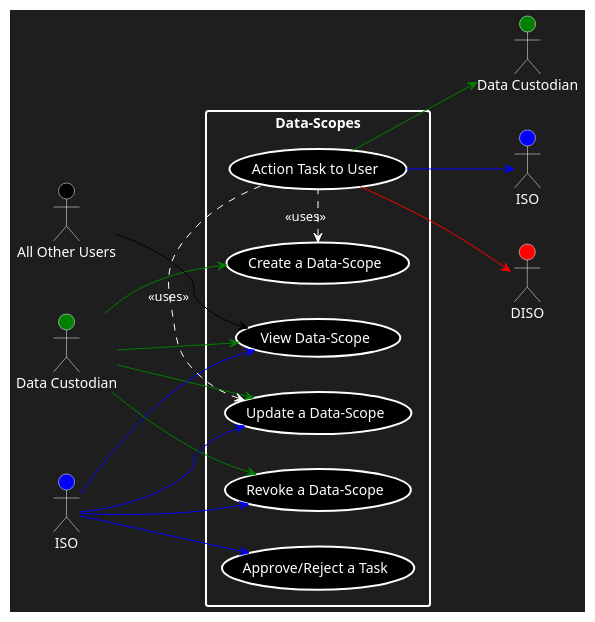
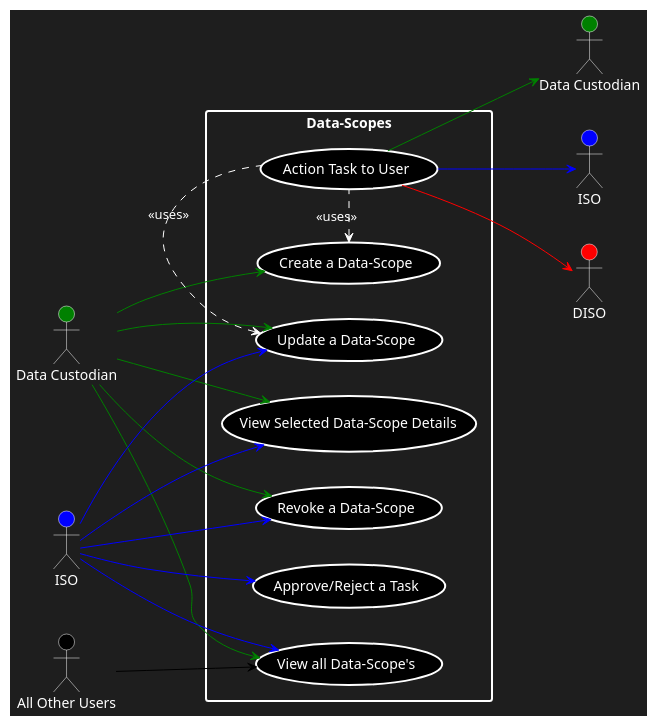
One commit to COS301-SE-2023/InfoSafe changed the diagram in Documentation/Diagrams/Data-Scope's.puml. Above: the diagram before and after it, drawn with PlantUML. The commit also changed 2 other files, not shown here.

Commit message:
Updated Usecase Diagrams

```diff
--- a/Documentation/Diagrams/Data-Scope's.puml
+++ b/Documentation/Diagrams/Data-Scope's.puml
@@ -1,32 +1,35 @@
 @startuml
 skinparam backgroundColor #1e1e1e
 left to right direction
 actor "Data Custodian" as ds #green;text:white;line:white
 actor "Data Custodian" as ds2 #green;text:white;line:white
 actor "ISO" as iso #blue;text:white;line:white
 actor "ISO" as iso2 #blue;text:white;line:white
 actor "DISO" as diso #red;text:white;line:white
 actor "All Other Users" as all #black;text:white;line:white
 rectangle Data-Scopes #text:white;line.bold;line:white {
   usecase "Create a Data-Scope" as UC1 #black;text:white;line.bold;line:white
   usecase "Update a Data-Scope" as UC2 #black;text:white;line.bold;line:white
   usecase "Revoke a Data-Scope" as UC3 #black;text:white;line.bold;line:white
   usecase "Action Task to User" as UC4 #black;text:white;line.bold;line:white
   usecase "Approve/Reject a Task" as UC5 #black;text:white;line.bold;line:white
-  usecase "View Data-Scope" as UC6 #black;text:white;line.bold;line:white
+  usecase "View all Data-Scope's" as UC6 #black;text:white;line.bold;line:white
+  usecase "View Selected Data-Scope Details" as UC7 #black;text:white;line.bold;line:white
 }
 ds -[#green]-> UC1
 ds -[#green]-> UC2
 ds -[#green]-> UC3
 ds -[#green]-> UC6
+ds -[#green]-> UC7
 iso -[#blue]-> UC2
 iso -[#blue]-> UC3
 iso -[#blue]-> UC5
 iso -[#blue]-> UC6
+iso -[#blue]-> UC7
 all -[#black]-> UC6
 UC4 -[#green]-> ds2
 UC4 -[#blue]-> iso2
 UC4 -[#red]-> diso
 UC2 <. (UC4) #line:white;text:white : <<uses>>
 UC1 <. (UC4) #line:white;text:white : <<uses>>
 @enduml
```
